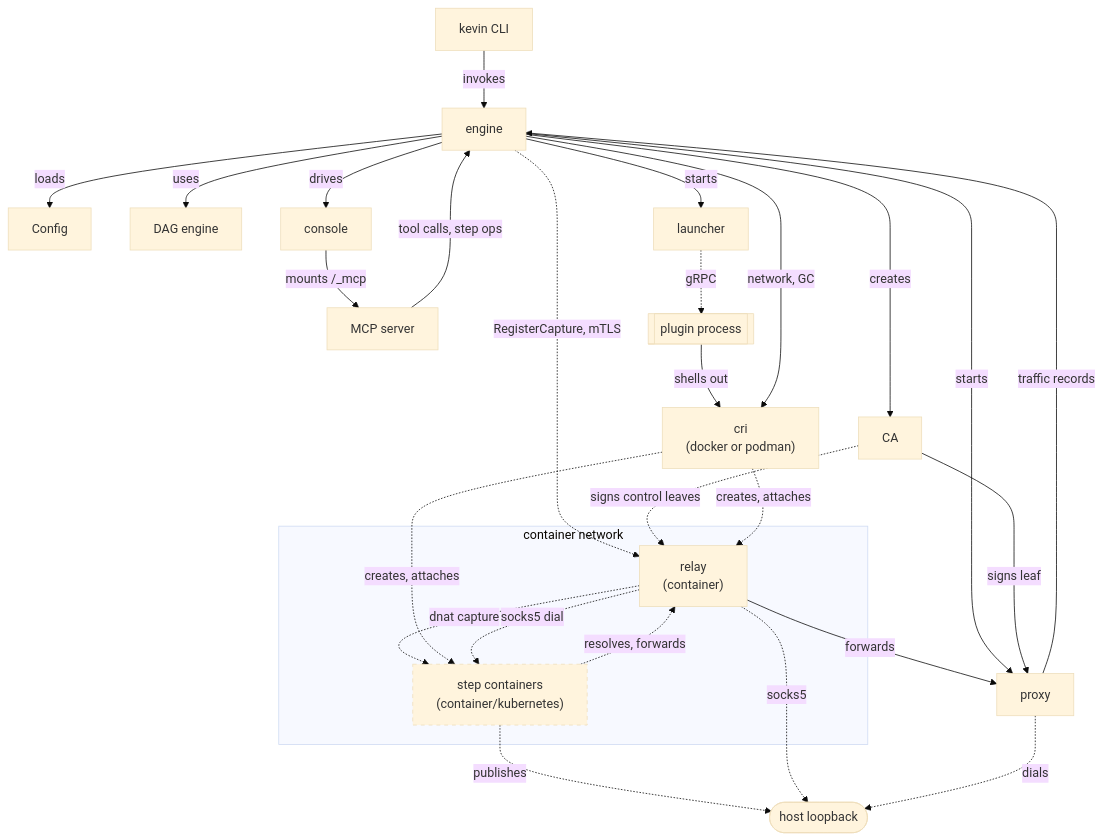
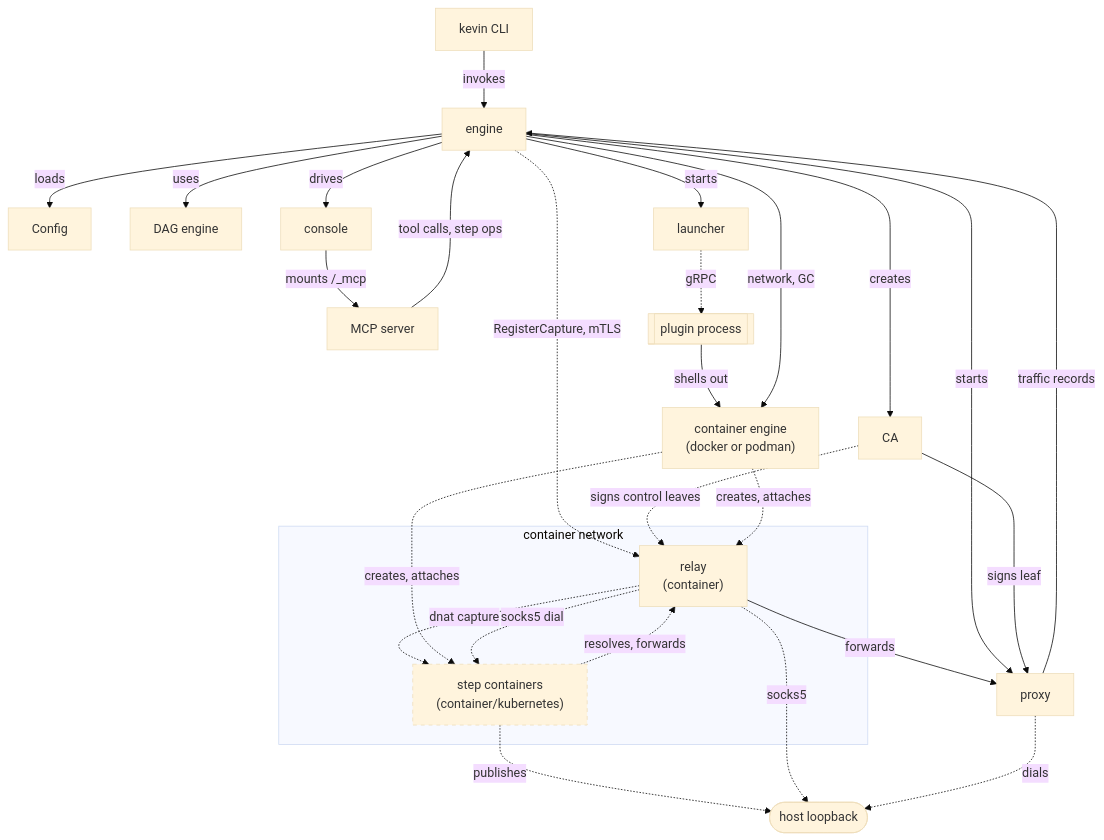
One commit to justenwalker/kevin changed the diagram in docs/site/content/docs/concepts/architecture.md. Above: the diagram before and after it, drawn with Mermaid (base theme). The commit also changed other lines of this file and 16 other files, not shown here.

````diff
--- a/docs/site/content/docs/concepts/architecture.md
+++ b/docs/site/content/docs/concepts/architecture.md
@@ -12,49 +12,49 @@
 ```mermaid
 graph TD
     CLI["kevin CLI"]
     ENG[engine]
     CFG["Config"]
     DAG["DAG engine"]
     HOST[launcher]
     CON[console]
     CA["CA"]
     MCPN[MCP server]
     PLUG[["plugin process"]]
-    CRI["cri<br/>(docker or podman)"]
+    CRI["container engine<br/>(docker or podman)"]
     PROXY[proxy]
     LOOP(["host loopback"])
 
     subgraph DOCKERNET["container network"]
         RELAY["relay<br/>(container)"]
         STEPC["step containers<br/>(container/kubernetes)"]
     end
 
     CLI -->|invokes| ENG
     ENG -->|loads| CFG
     ENG -->|uses| DAG
     ENG -->|starts| HOST
     ENG -->|drives| CON
     ENG -->|creates| CA
     CON -->|mounts /_mcp| MCPN
     MCPN -->|tool calls, step ops| ENG
     HOST -.gRPC.-> PLUG
     PLUG -->|shells out| CRI
     ENG -->|network, GC| CRI
     STEPC -.->|publishes| LOOP
     STEPC -.->|resolves, forwards| RELAY
     RELAY -.->|dnat capture| STEPC
     RELAY -.->|socks5| LOOP
     PROXY -.->|dials| LOOP
     RELAY -->|forwards| PROXY
     ENG -->|starts| PROXY
     ENG -.->|RegisterCapture, mTLS| RELAY
     CA -->|signs leaf| PROXY
     CA -.->|signs control leaves| RELAY
     CRI -.->|creates, attaches| RELAY
     CRI -.->|creates, attaches| STEPC
     RELAY -.->|socks5 dial| STEPC
     PROXY -->|traffic records| ENG
 
     classDef dashedNode stroke-dasharray: 5 5
     class STEPC dashedNode
 ```
````
